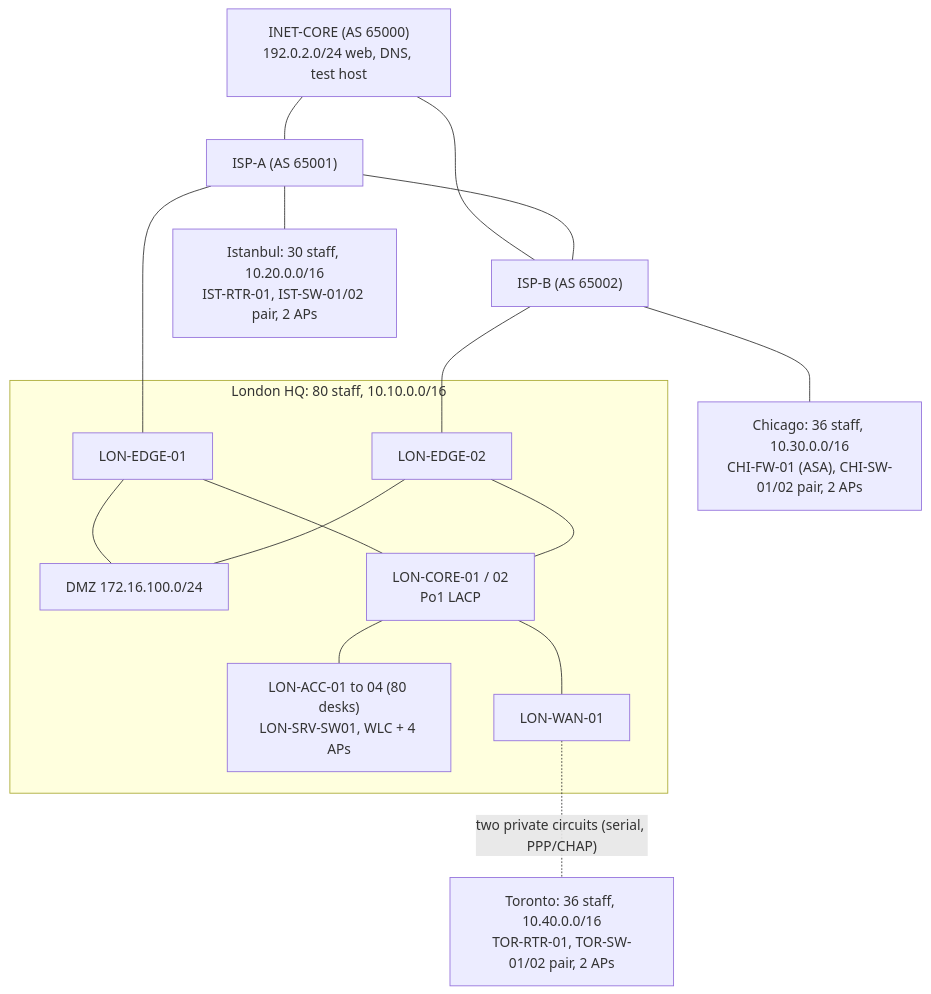
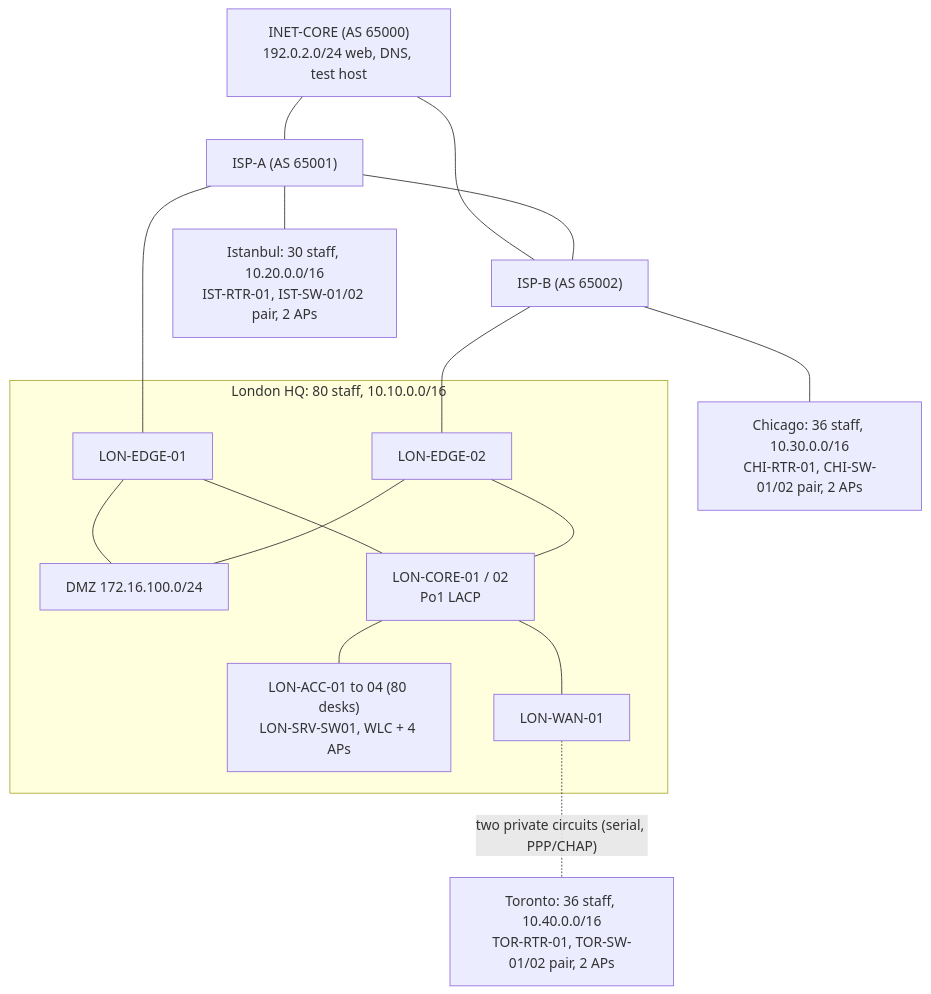
The first of 7 diagrams in diagrams/README.md (atahan99/bosphorus-enterprise-net), drawn with Mermaid before and after one commit. The commit also changed other lines of this file and 48 other files, not shown here.

````diff
--- a/diagrams/README.md
+++ b/diagrams/README.md
@@ -7,28 +7,28 @@
 ```mermaid
 flowchart TB
   INET["INET-CORE (AS 65000)<br/>192.0.2.0/24 web, DNS, test host"]
   ISPA["ISP-A (AS 65001)"]
   ISPB["ISP-B (AS 65002)"]
   INET --- ISPA
   INET --- ISPB
   ISPA --- ISPB
   subgraph LON["London HQ: 80 staff, 10.10.0.0/16"]
     E1["LON-EDGE-01"]
     E2["LON-EDGE-02"]
     DMZ["DMZ 172.16.100.0/24"]
     CORE["LON-CORE-01 / 02<br/>Po1 LACP"]
     ACC["LON-ACC-01 to 04 (80 desks)<br/>LON-SRV-SW01, WLC + 4 APs"]
     WAN["LON-WAN-01"]
     E1 --- DMZ
     E2 --- DMZ
     E1 --- CORE
     E2 --- CORE
     CORE --- ACC
     CORE --- WAN
   end
   ISPA --- E1
   ISPB --- E2
   ISPA --- IST["Istanbul: 30 staff, 10.20.0.0/16<br/>IST-RTR-01, IST-SW-01/02 pair, 2 APs"]
-  ISPB --- CHI["Chicago: 36 staff, 10.30.0.0/16<br/>CHI-FW-01 (ASA), CHI-SW-01/02 pair, 2 APs"]
+  ISPB --- CHI["Chicago: 36 staff, 10.30.0.0/16<br/>CHI-RTR-01, CHI-SW-01/02 pair, 2 APs"]
   WAN -. "two private circuits (serial, PPP/CHAP)" .- TOR["Toronto: 36 staff, 10.40.0.0/16<br/>TOR-RTR-01, TOR-SW-01/02 pair, 2 APs"]
 ```
````
